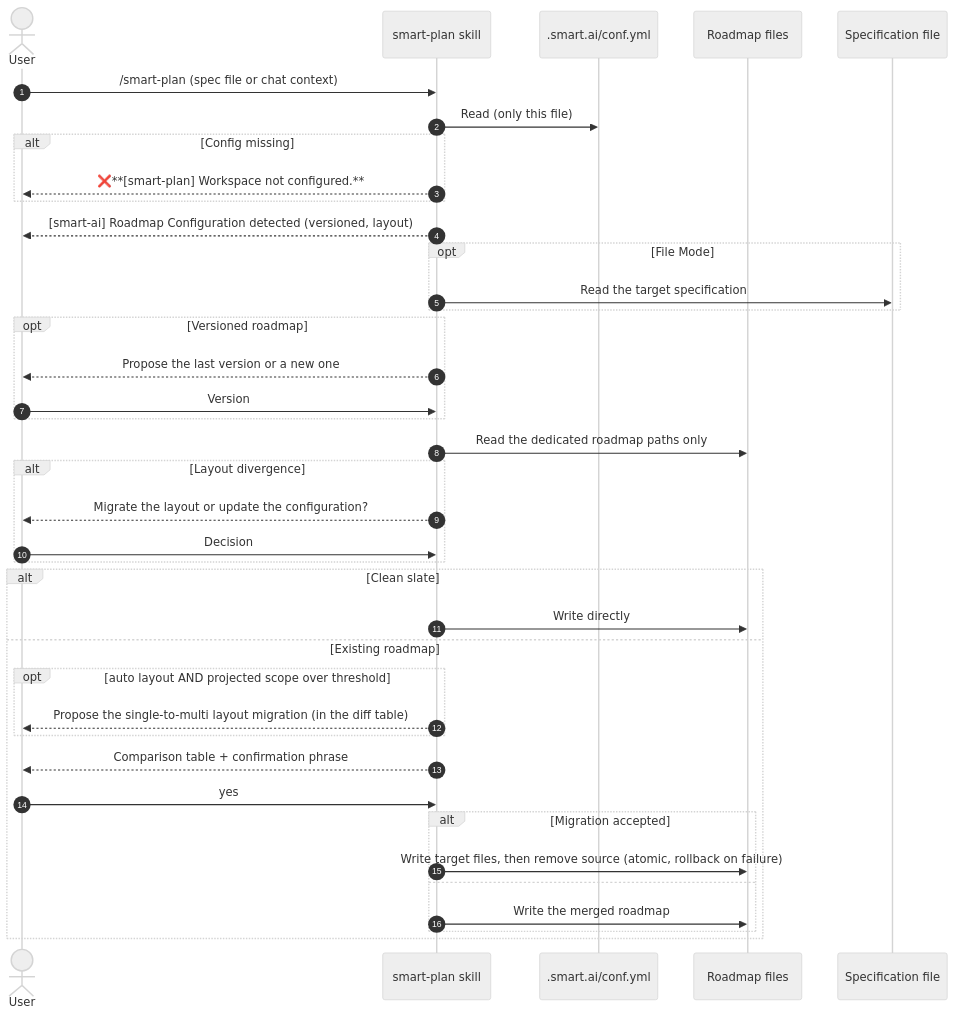
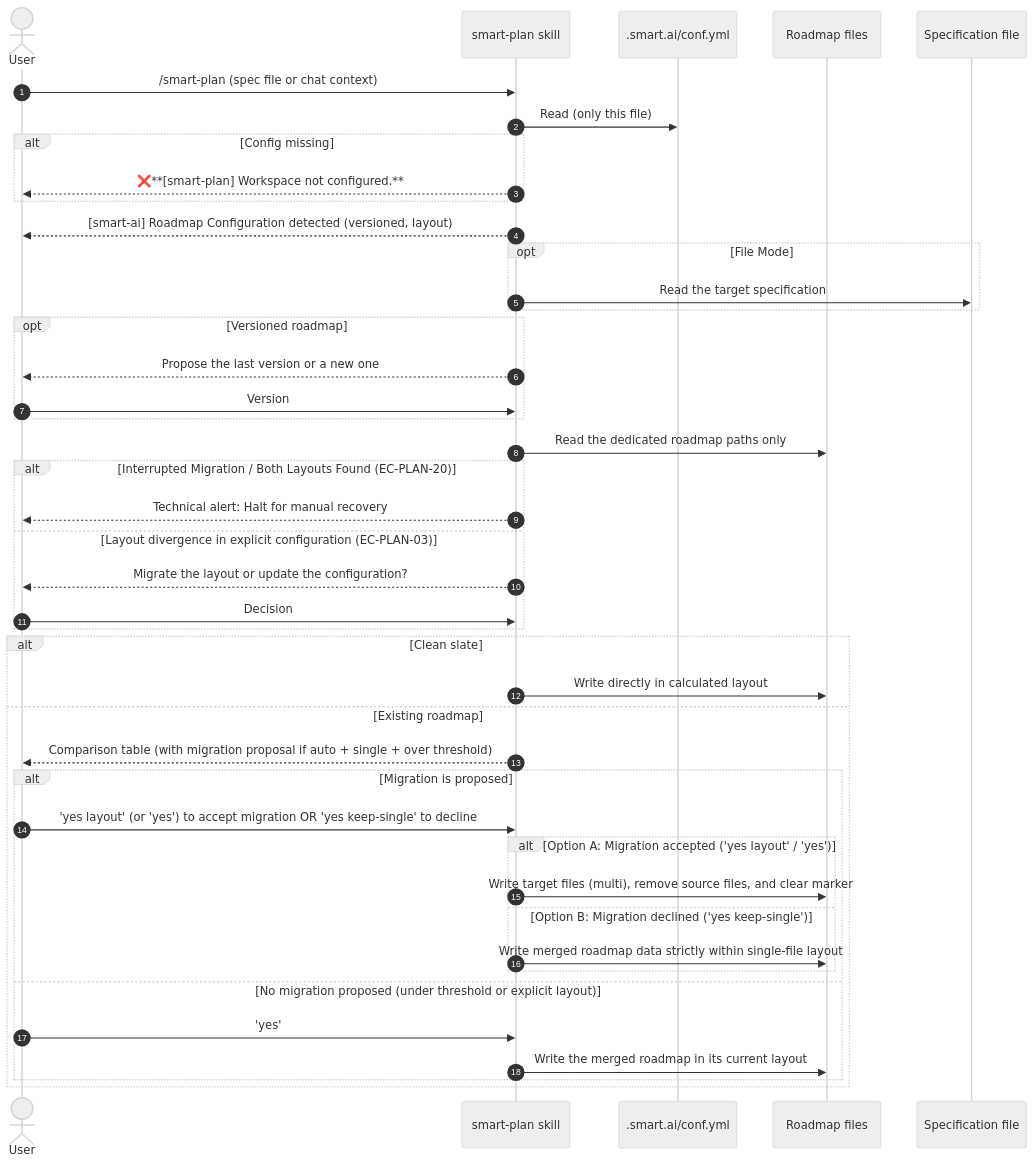
One commit to fletort/smart-ai-factory changed the third of 3 diagrams in docs/specs/smart-plan.md. Above: the diagram before and after it, drawn with Mermaid (neutral theme).

````diff
--- a/docs/specs/smart-plan.md
+++ b/docs/specs/smart-plan.md
@@ -411,42 +411,49 @@
   ```mermaid
   sequenceDiagram
-      autonumber
-      actor User
-      participant Skill as smart-plan skill
-      participant Cfg as .smart.ai/conf.yml
-      participant FS as Roadmap files
-      participant Spec as Specification file
+    autonumber
+    actor User
+    participant Skill as smart-plan skill
+    participant Cfg as .smart.ai/conf.yml
+    participant FS as Roadmap files
+    participant Spec as Specification file
 
-      User->>Skill: /smart-plan (spec file or chat context)
-      Skill->>Cfg: Read (only this file)
-      alt Config missing
-          Skill-->>User: ❌**[smart-plan] Workspace not configured.**
-      end
-      Skill-->>User: [smart-ai] Roadmap Configuration detected (versioned, layout)
-      opt File Mode
-          Skill->>Spec: Read the target specification
-      end
-      opt Versioned roadmap
-          Skill-->>User: Propose the last version or a new one
-          User->>Skill: Version
-      end
-      Skill->>FS: Read the dedicated roadmap paths only
-      alt Layout divergence
-          Skill-->>User: Migrate the layout or update the configuration?
-          User->>Skill: Decision
-      end
-      alt Clean slate
-          Skill->>FS: Write directly
-      else Existing roadmap
-          opt auto layout AND projected scope over threshold
-              Skill-->>User: Propose the single-to-multi layout migration (in the diff table)
-          end
-          Skill-->>User: Comparison table + confirmation phrase
-          User->>Skill: yes
-          alt Migration accepted
-              Skill->>FS: Write target files, then remove source (atomic, rollback on failure)
-          else
-              Skill->>FS: Write the merged roadmap
-          end
-      end
+    User->>Skill: /smart-plan (spec file or chat context)
+    Skill->>Cfg: Read (only this file)
+    alt Config missing
+        Skill-->>User: ❌**[smart-plan] Workspace not configured.**
+    end
+    Skill-->>User: [smart-ai] Roadmap Configuration detected (versioned, layout)
+    opt File Mode
+        Skill->>Spec: Read the target specification
+    end
+    opt Versioned roadmap
+        Skill-->>User: Propose the last version or a new one
+        User->>Skill: Version
+    end
+    Skill->>FS: Read the dedicated roadmap paths only
+
+    alt Interrupted Migration / Both Layouts Found (EC-PLAN-20)
+        Skill-->>User: Technical alert: Halt for manual recovery
+    else Layout divergence in explicit configuration (EC-PLAN-03)
+        Skill-->>User: Migrate the layout or update the configuration?
+        User->>Skill: Decision
+    end
+
+    alt Clean slate
+        Skill->>FS: Write directly in calculated layout
+    else Existing roadmap
+        Skill-->>User: Comparison table (with migration proposal if auto + single + over threshold)
+
+        alt Migration is proposed
+            User->>Skill: 'yes layout' (or 'yes') to accept migration OR 'yes keep-single' to decline
+            alt Option A: Migration accepted ('yes layout' / 'yes')
+                Skill->>FS: Write target files (multi), remove source files, and clear marker
+            else Option B: Migration declined ('yes keep-single')
+                Skill->>FS: Write merged roadmap data strictly within single-file layout
+            end
+        else No migration proposed (under threshold or explicit layout)
+            User->>Skill: 'yes'
+            Skill->>FS: Write the merged roadmap in its current layout
+        end
+    end
   ```
````
